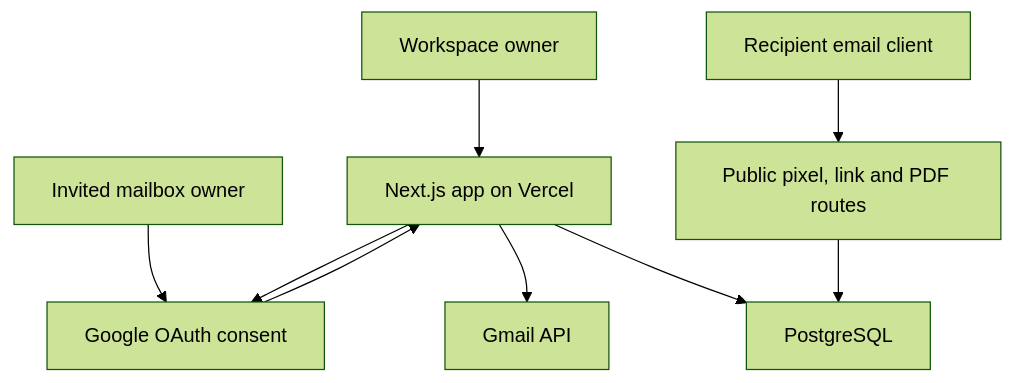
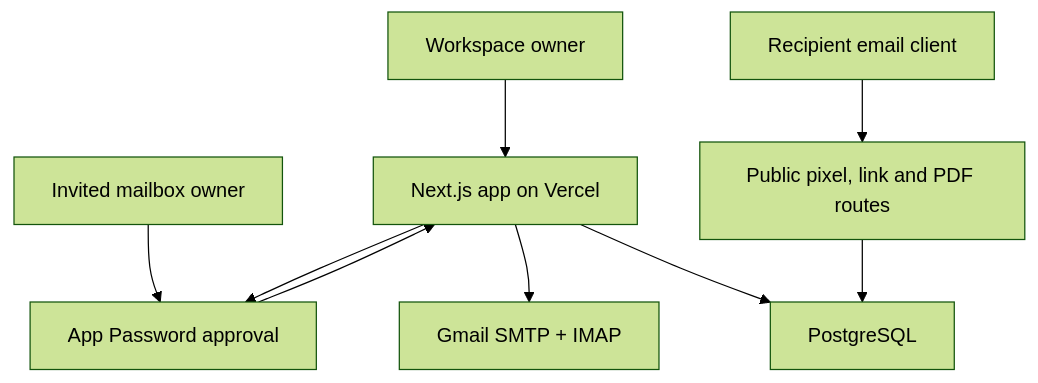
One commit to amey1234444/MailTrack changed the diagram in README.md. Above: the diagram before and after it, drawn with Mermaid (forest theme). The commit also changed other lines of this file and 27 other files, not shown here.

Commit message:
Support Gmail App Password connections without required Google OAuth credentials

````diff
--- a/README.md
+++ b/README.md
@@ -137,11 +121,11 @@
 ```mermaid
 flowchart TD
   U["Workspace owner"] --> A["Next.js app on Vercel"]
-  I["Invited mailbox owner"] --> O["Google OAuth consent"]
+  I["Invited mailbox owner"] --> O["App Password approval"]
   A --> O
   O --> A
-  A --> G["Gmail API"]
+  A --> G["Gmail SMTP + IMAP"]
   A --> P["PostgreSQL"]
   R["Recipient email client"] --> T["Public pixel, link and PDF routes"]
   T --> P
 ```
````
